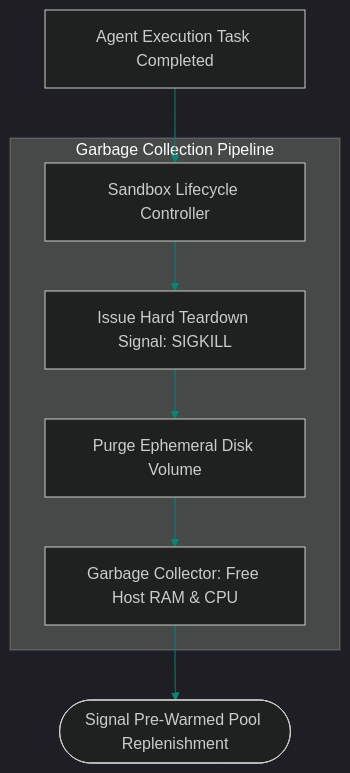
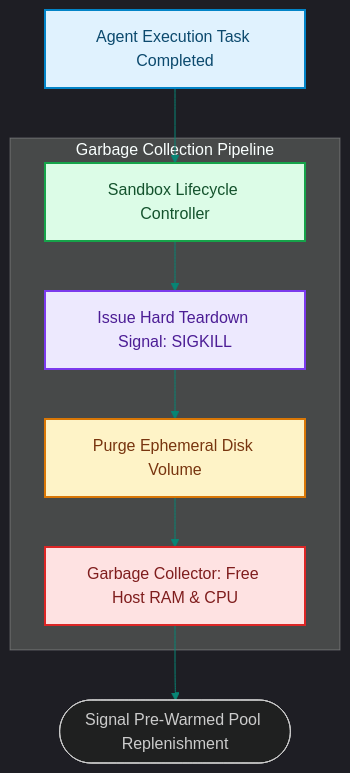
The diagram in blog/posts/system-design-ephemeral-sandbox-lifecycles-garbage-collection.md (akmalkhaniub/akmalkhaniub.github.io), drawn with Mermaid before and after one commit. The commit also changed other lines of this file and 1291 other files, not shown here.

First line of the commit message:
feat(catalog): unique covers, scholarly references, and diagram palettes

````diff
--- a/blog/posts/system-design-ephemeral-sandbox-lifecycles-garbage-collection.md
+++ b/blog/posts/system-design-ephemeral-sandbox-lifecycles-garbage-collection.md
@@ -16,13 +16,24 @@
 ```mermaid
 %%{init: {'theme': 'dark', 'themeVariables': { 'primaryColor': '#088574', 'primaryTextColor': '#f3f4f6', 'primaryBorderColor': '#0db49b', 'lineColor': '#088574', 'secondaryColor': '#111827', 'tertiaryColor': '#0b0f19'}}}%%
 flowchart TD
-    Task[Agent Execution Task Completed] --> Lifecycle[Sandbox Lifecycle Controller]
+    Task["Agent Execution Task Completed"] --> Lifecycle["Sandbox Lifecycle Controller"]
     
     subgraph SG1_GarbageCollectionPipeline ["Garbage Collection Pipeline"]
-        Lifecycle --> Destroy[Issue Hard Teardown Signal: SIGKILL]
-        Destroy --> PurgeVolume[Purge Ephemeral Disk Volume]
-        PurgeVolume --> GC[Garbage Collector: Free Host RAM & CPU]
+        Lifecycle --> Destroy["Issue Hard Teardown Signal: SIGKILL"]
+        Destroy --> PurgeVolume["Purge Ephemeral Disk Volume"]
+        PurgeVolume --> GC["Garbage Collector: Free Host RAM & CPU"]
     end
     
     GC --> Replenish([Signal Pre-Warmed Pool Replenishment])
+
+classDef green fill:#dcfce7,stroke:#16a34a,stroke-width:2px,color:#14532d;
+classDef red fill:#fee2e2,stroke:#dc2626,stroke-width:2px,color:#7f1d1d;
+classDef blue fill:#e0f2fe,stroke:#0284c7,stroke-width:2px,color:#0c4a6e;
+classDef yellow fill:#fef3c7,stroke:#d97706,stroke-width:2px,color:#78350f;
+classDef purple fill:#ede9fe,stroke:#7c3aed,stroke-width:2px,color:#4c1d95;
+class Task blue
+class Lifecycle green
+class Destroy purple
+class PurgeVolume yellow
+class GC red
 ```
````
